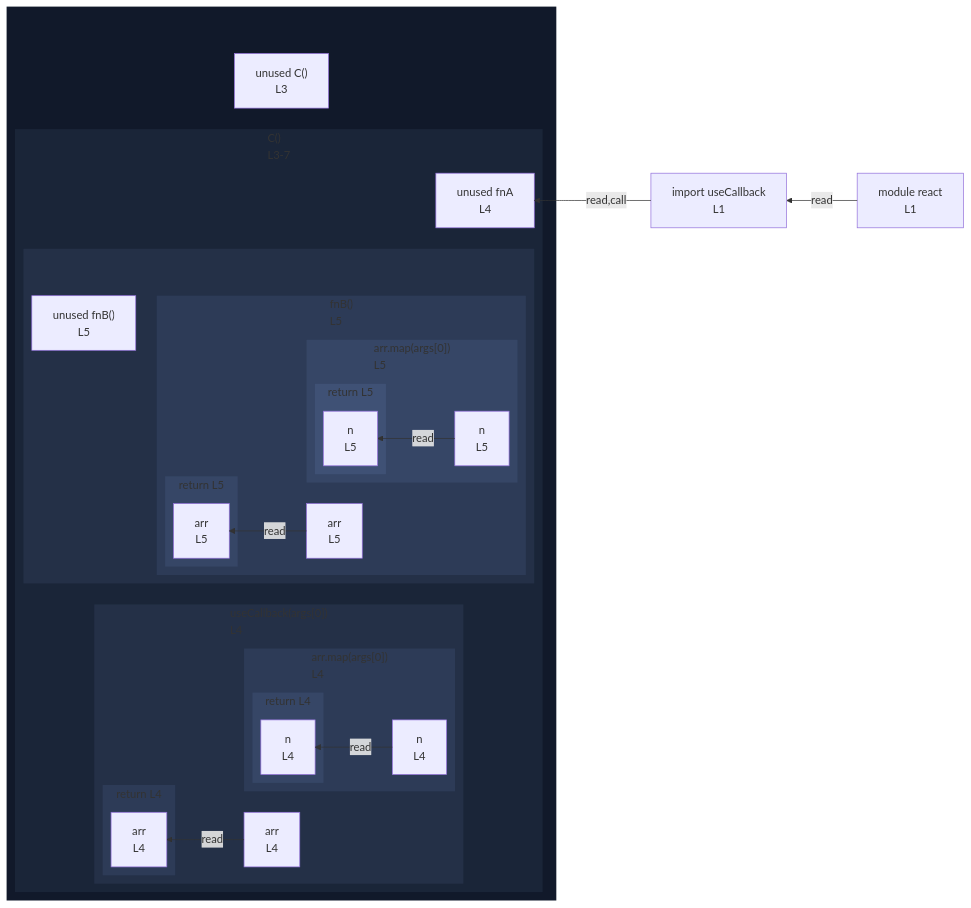
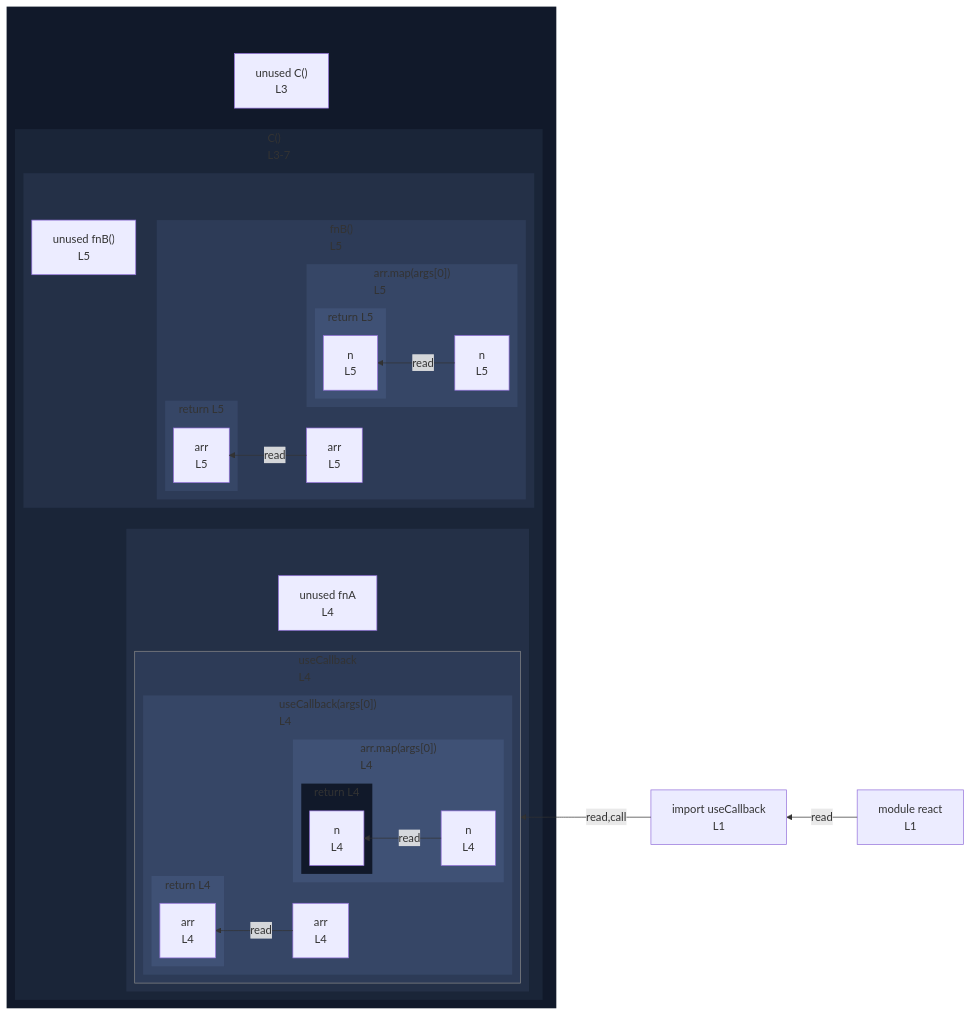
The diagram in integration/fixtures/jsx/use-callback/preview.md (crescware/unsnarl), drawn with Mermaid before and after one commit. The commit also changed 41 other files, not shown here.

````diff
--- a/integration/fixtures/jsx/use-callback/preview.md
+++ b/integration/fixtures/jsx/use-callback/preview.md
@@ -23,21 +23,27 @@
     n_scope_0_C_44["unused C()<br/>L3"]
     subgraph s_scope_1["C()<br/>L3-7"]
       direction RL
-      n_scope_1_fnA_64["unused fnA<br/>L4"]
-      subgraph s_scope_2["useCallback(args[0])<br/>L4"]
-        direction RL
-        n_scope_2_arr_83["arr<br/>L4"]
-        subgraph s_scope_3["arr.map(args[0])<br/>L4"]
+      subgraph wrap_call_proxy_ref_2[" "]
+        direction TB
+        n_scope_1_fnA_64["unused fnA<br/>L4"]
+        subgraph call_proxy_ref_2["useCallback<br/>L4"]
           direction RL
-          n_scope_3_n_110["n<br/>L4"]
-          subgraph s_return_scope_0_C_44_116_121["return L4"]
+          subgraph s_scope_2["useCallback(args[0])<br/>L4"]
             direction RL
-            ret_use_ref_4["n<br/>L4"]
+            n_scope_2_arr_83["arr<br/>L4"]
+            subgraph s_scope_3["arr.map(args[0])<br/>L4"]
+              direction RL
+              n_scope_3_n_110["n<br/>L4"]
+              subgraph s_return_scope_0_C_44_116_121["return L4"]
+                direction RL
+                ret_use_ref_4["n<br/>L4"]
+              end
+            end
+            subgraph s_return_scope_0_C_44_101_122["return L4"]
+              direction RL
+              ret_use_ref_3["arr<br/>L4"]
+            end
           end
-        end
-        subgraph s_return_scope_0_C_44_101_122["return L4"]
-          direction RL
-          ret_use_ref_3["arr<br/>L4"]
         end
       end
       subgraph wrap_s_scope_4[" "]
@@ -62,7 +68,7 @@
       end
     end
   end
-  n_scope_0_useCallback_9 -->|read,call| n_scope_1_fnA_64
+  n_scope_0_useCallback_9 -->|read,call| call_proxy_ref_2
   n_scope_2_arr_83 -->|read| ret_use_ref_3
   n_scope_3_n_110 -->|read| ret_use_ref_4
   n_scope_4_arr_144 -->|read| ret_use_ref_6
@@ -71,19 +77,23 @@
   mod_react -->|read| n_scope_0_useCallback_9
   classDef nestL1 fill:#11192a,stroke:transparent;
   class wrap_s_scope_1 nestL1;
+  class s_return_scope_0_C_44_116_121 nestL1;
   classDef nestL2 fill:#1a2538,stroke:transparent;
   class s_scope_1 nestL2;
   classDef nestL3 fill:#243047,stroke:transparent;
-  class s_scope_2 nestL3;
+  class wrap_call_proxy_ref_2 nestL3;
   class wrap_s_scope_4 nestL3;
   classDef nestL4 fill:#2d3b57,stroke:transparent;
-  class s_scope_3 nestL4;
-  class s_return_scope_0_C_44_101_122 nestL4;
+  class call_proxy_ref_2 nestL4;
   class s_scope_4 nestL4;
   classDef nestL5 fill:#364666,stroke:transparent;
-  class s_return_scope_0_C_44_116_121 nestL5;
+  class s_scope_2 nestL5;
   class s_scope_5 nestL5;
   class s_return_scope_1_fnB_137_162_183 nestL5;
   classDef nestL6 fill:#3f5175,stroke:transparent;
+  class s_scope_3 nestL6;
+  class s_return_scope_0_C_44_101_122 nestL6;
   class s_return_scope_1_fnB_137_177_182 nestL6;
+  classDef edgeTargetSubgraph stroke:#888;
+  class call_proxy_ref_2 edgeTargetSubgraph;
 ```
````
